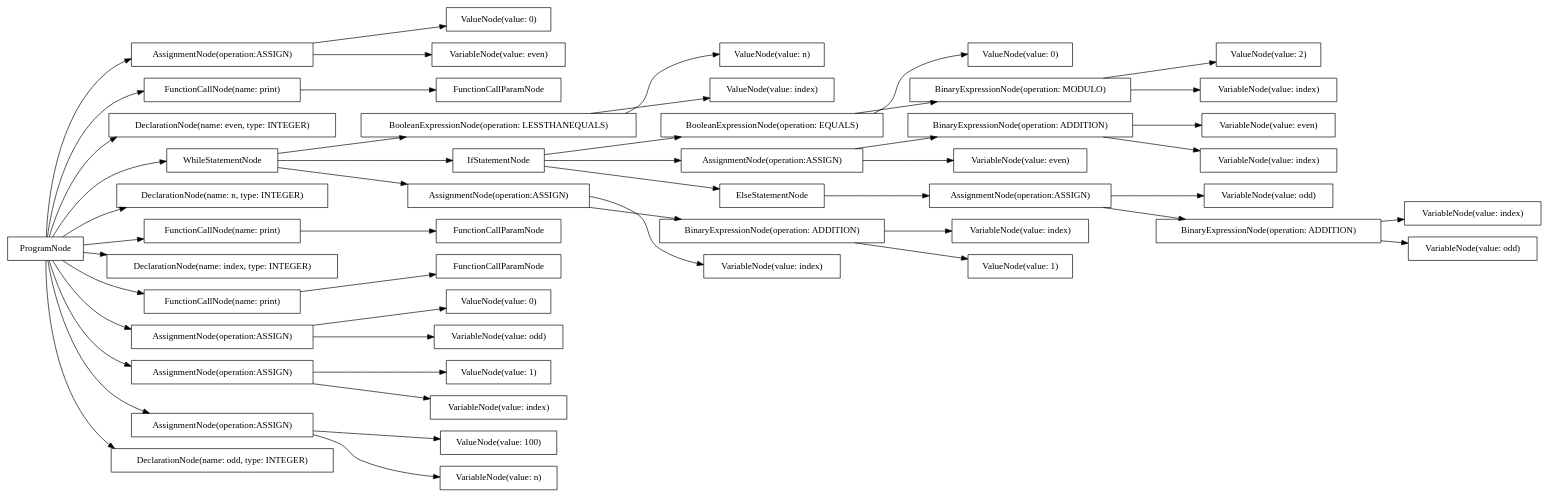
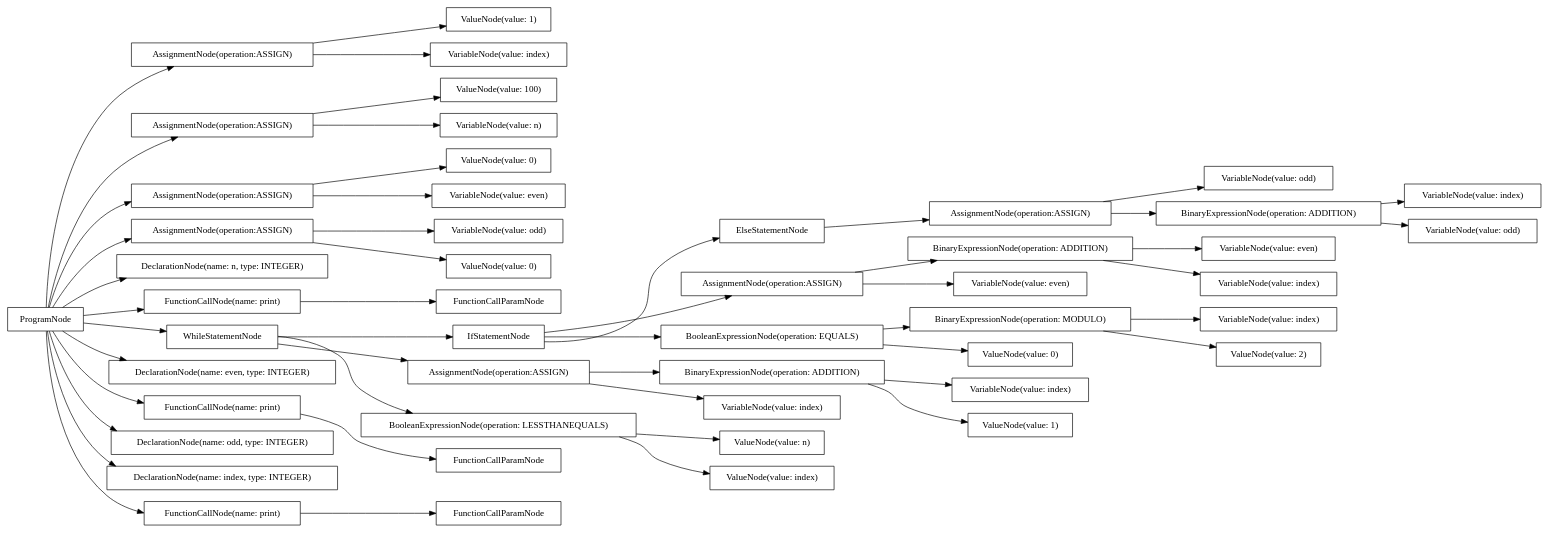
The diagram in src/output/dot/odd_even.dot (AtLeastITry/ANTLR-Python-Compiler), drawn with Graphviz before and after one commit. The commit also changed 158 other files, not shown here.

```diff
--- a/src/output/dot/odd_even.dot
+++ b/src/output/dot/odd_even.dot
@@ -1,100 +1,100 @@
 digraph G {
 rankdir=LR
-"729b352f-f85f-4c84-b434-b8076f79fea6" [label="ValueNode(value: n)" shape="box"];
-"01490b1f-e63e-423d-b143-aa902bd65455" [label="AssignmentNode(operation:ASSIGN)" shape="box"];
-"8e3f9f03-fa1c-4296-8f4e-d78ee113c4e2" [label="ValueNode(value: 1)" shape="box"];
-"98dc1c1e-78d1-4ca4-b842-37a0b9ab4071" [label="BooleanExpressionNode(operation: LESSTHANEQUALS)" shape="box"];
-"5e18db49-2d68-4467-9758-f30a5d438e5e" [label="VariableNode(value: odd)" shape="box"];
-"bf09a55b-12be-4f2f-a9b6-453ce1491d92" [label="VariableNode(value: index)" shape="box"];
-"583d639a-9745-4221-a98d-03b00c12557f" [label="ValueNode(value: 0)" shape="box"];
-"d3d9627d-d33d-4a3d-abcb-5526256681bb" [label="BooleanExpressionNode(operation: EQUALS)" shape="box"];
-"e7eb03bd-1be1-42ad-9b07-fcbc6646ee7d" [label="VariableNode(value: odd)" shape="box"];
-"62c8fe1e-ae24-4c0e-aa68-4763a1dd1808" [label="FunctionCallNode(name: print)" shape="box"];
-"f33924f6-3be6-4b22-8f7f-3cf26c0a5d2f" [label="IfStatementNode" shape="box"];
-"8206b050-6f24-40b7-9060-75d6054b731e" [label="VariableNode(value: odd)" shape="box"];
-"73dd6ad6-4535-4def-a542-58547d05d8e4" [label="FunctionCallParamNode" shape="box"];
-"af73e7a8-8e57-4c23-82d4-466ce430f780" [label="ValueNode(value: 0)" shape="box"];
-"3cd83ac4-73ca-4273-8259-84205f8ceef8" [label="AssignmentNode(operation:ASSIGN)" shape="box"];
-"79eaed1d-0693-429f-9575-06d60d267754" [label="ValueNode(value: 100)" shape="box"];
-"18d7caa5-170c-4330-aa98-49e91aefbffb" [label="BinaryExpressionNode(operation: ADDITION)" shape="box"];
-"6e6e1c4a-ea4a-40d8-984e-3da582020f72" [label="DeclarationNode(name: even, type: INTEGER)" shape="box"];
-"db6fa918-a832-4a8c-b676-081a1464256c" [label="ValueNode(value: 0)" shape="box"];
-"663216ef-5b3b-4718-b377-4f42494d39b6" [label="VariableNode(value: even)" shape="box"];
-"6d3e80dd-425b-468d-915e-004449d445c1" [label="WhileStatementNode" shape="box"];
-"ecdff883-628b-45d8-91ad-f9eead105e67" [label="DeclarationNode(name: n, type: INTEGER)" shape="box"];
-"5377ae63-84a5-41ed-b42c-a87b69481c83" [label="FunctionCallNode(name: print)" shape="box"];
-"ba16a760-ec33-488e-b07b-1c9e49dc2333" [label="DeclarationNode(name: index, type: INTEGER)" shape="box"];
-"1cc86ce2-dc72-4698-adde-bc7491641dcf" [label="VariableNode(value: index)" shape="box"];
-"32ad8cb5-49f1-419e-809a-b8ab3ee084e4" [label="FunctionCallNode(name: print)" shape="box"];
-"46a4e960-9ce9-438e-b59e-3084966b259d" [label="AssignmentNode(operation:ASSIGN)" shape="box"];
-"cf9aa907-6960-4a26-8f84-a26c10845662" [label="VariableNode(value: n)" shape="box"];
-"c0ebedf7-35cc-4f69-889c-80a7e7bb396e" [label="FunctionCallParamNode" shape="box"];
-"40250295-0934-4163-85e8-4d921562f525" [label="ValueNode(value: 2)" shape="box"];
-"c9072b11-6ad4-421a-bc2d-35b0d9009d9f" [label="VariableNode(value: index)" shape="box"];
-"a6059096-ae29-4001-8fba-d82a7c393b4f" [label="BinaryExpressionNode(operation: MODULO)" shape="box"];
-"ca4cd8cb-e0d5-4f06-a088-46b7ef5659dd" [label="AssignmentNode(operation:ASSIGN)" shape="box"];
-"8d5445c6-4d70-4537-9338-ec3fd4751ac7" [label="FunctionCallParamNode" shape="box"];
-"9bf1f28e-17d6-4a70-b05b-81e581783ffa" [label="ProgramNode" shape="box"];
-"d095644d-dece-4131-9cee-cf033368984b" [label="VariableNode(value: index)" shape="box"];
-"8f702f67-8a1b-4630-a7fd-2bbc464d68dc" [label="AssignmentNode(operation:ASSIGN)" shape="box"];
-"88d0721a-e14b-4331-aed1-9044ef0535cc" [label="VariableNode(value: even)" shape="box"];
-"52e0f839-6089-4cf1-8851-1adad462dea5" [label="AssignmentNode(operation:ASSIGN)" shape="box"];
-"6a42671a-5a26-4aa9-9c85-b7eca866e636" [label="BinaryExpressionNode(operation: ADDITION)" shape="box"];
-"5468da85-fca8-453d-9344-45ab6ff91e81" [label="VariableNode(value: index)" shape="box"];
-"03e6e7d3-bcd3-450f-9f74-24210181604d" [label="ValueNode(value: index)" shape="box"];
-"166c6dc0-3e5f-43dc-8f8d-a136f7fe2198" [label="AssignmentNode(operation:ASSIGN)" shape="box"];
-"1f8e25cb-6094-4013-a2f9-609c50266473" [label="VariableNode(value: index)" shape="box"];
-"a12af274-118e-4011-9e0f-204af93b2147" [label="BinaryExpressionNode(operation: ADDITION)" shape="box"];
-"4a7932c5-521a-47fd-afad-08a8d3a2d385" [label="VariableNode(value: even)" shape="box"];
-"ffb14de7-fa5c-4de9-a76f-c3c35a93a226" [label="DeclarationNode(name: odd, type: INTEGER)" shape="box"];
-"2a656435-4bc7-4ec1-873f-471c61785c71" [label="ElseStatementNode" shape="box"];
-"12faabbb-dc34-4a7e-ac3d-161fd5558482" [label="ValueNode(value: 1)" shape="box"];
-"9bf1f28e-17d6-4a70-b05b-81e581783ffa" -> "ecdff883-628b-45d8-91ad-f9eead105e67";
-"9bf1f28e-17d6-4a70-b05b-81e581783ffa" -> "ffb14de7-fa5c-4de9-a76f-c3c35a93a226";
-"9bf1f28e-17d6-4a70-b05b-81e581783ffa" -> "6e6e1c4a-ea4a-40d8-984e-3da582020f72";
-"9bf1f28e-17d6-4a70-b05b-81e581783ffa" -> "ba16a760-ec33-488e-b07b-1c9e49dc2333";
-"9bf1f28e-17d6-4a70-b05b-81e581783ffa" -> "166c6dc0-3e5f-43dc-8f8d-a136f7fe2198";
-"166c6dc0-3e5f-43dc-8f8d-a136f7fe2198" -> "cf9aa907-6960-4a26-8f84-a26c10845662";
-"166c6dc0-3e5f-43dc-8f8d-a136f7fe2198" -> "79eaed1d-0693-429f-9575-06d60d267754";
-"9bf1f28e-17d6-4a70-b05b-81e581783ffa" -> "ca4cd8cb-e0d5-4f06-a088-46b7ef5659dd";
-"ca4cd8cb-e0d5-4f06-a088-46b7ef5659dd" -> "e7eb03bd-1be1-42ad-9b07-fcbc6646ee7d";
-"ca4cd8cb-e0d5-4f06-a088-46b7ef5659dd" -> "583d639a-9745-4221-a98d-03b00c12557f";
-"9bf1f28e-17d6-4a70-b05b-81e581783ffa" -> "01490b1f-e63e-423d-b143-aa902bd65455";
-"01490b1f-e63e-423d-b143-aa902bd65455" -> "4a7932c5-521a-47fd-afad-08a8d3a2d385";
-"01490b1f-e63e-423d-b143-aa902bd65455" -> "af73e7a8-8e57-4c23-82d4-466ce430f780";
-"9bf1f28e-17d6-4a70-b05b-81e581783ffa" -> "52e0f839-6089-4cf1-8851-1adad462dea5";
-"52e0f839-6089-4cf1-8851-1adad462dea5" -> "1cc86ce2-dc72-4698-adde-bc7491641dcf";
-"52e0f839-6089-4cf1-8851-1adad462dea5" -> "8e3f9f03-fa1c-4296-8f4e-d78ee113c4e2";
-"9bf1f28e-17d6-4a70-b05b-81e581783ffa" -> "6d3e80dd-425b-468d-915e-004449d445c1";
-"6d3e80dd-425b-468d-915e-004449d445c1" -> "98dc1c1e-78d1-4ca4-b842-37a0b9ab4071";
-"98dc1c1e-78d1-4ca4-b842-37a0b9ab4071" -> "03e6e7d3-bcd3-450f-9f74-24210181604d";
-"98dc1c1e-78d1-4ca4-b842-37a0b9ab4071" -> "729b352f-f85f-4c84-b434-b8076f79fea6";
-"6d3e80dd-425b-468d-915e-004449d445c1" -> "f33924f6-3be6-4b22-8f7f-3cf26c0a5d2f";
-"f33924f6-3be6-4b22-8f7f-3cf26c0a5d2f" -> "d3d9627d-d33d-4a3d-abcb-5526256681bb";
-"d3d9627d-d33d-4a3d-abcb-5526256681bb" -> "a6059096-ae29-4001-8fba-d82a7c393b4f";
-"a6059096-ae29-4001-8fba-d82a7c393b4f" -> "d095644d-dece-4131-9cee-cf033368984b";
-"a6059096-ae29-4001-8fba-d82a7c393b4f" -> "40250295-0934-4163-85e8-4d921562f525";
-"d3d9627d-d33d-4a3d-abcb-5526256681bb" -> "db6fa918-a832-4a8c-b676-081a1464256c";
-"f33924f6-3be6-4b22-8f7f-3cf26c0a5d2f" -> "8f702f67-8a1b-4630-a7fd-2bbc464d68dc";
-"8f702f67-8a1b-4630-a7fd-2bbc464d68dc" -> "663216ef-5b3b-4718-b377-4f42494d39b6";
-"8f702f67-8a1b-4630-a7fd-2bbc464d68dc" -> "18d7caa5-170c-4330-aa98-49e91aefbffb";
-"18d7caa5-170c-4330-aa98-49e91aefbffb" -> "88d0721a-e14b-4331-aed1-9044ef0535cc";
-"18d7caa5-170c-4330-aa98-49e91aefbffb" -> "5468da85-fca8-453d-9344-45ab6ff91e81";
-"f33924f6-3be6-4b22-8f7f-3cf26c0a5d2f" -> "2a656435-4bc7-4ec1-873f-471c61785c71";
-"2a656435-4bc7-4ec1-873f-471c61785c71" -> "3cd83ac4-73ca-4273-8259-84205f8ceef8";
-"3cd83ac4-73ca-4273-8259-84205f8ceef8" -> "5e18db49-2d68-4467-9758-f30a5d438e5e";
-"3cd83ac4-73ca-4273-8259-84205f8ceef8" -> "a12af274-118e-4011-9e0f-204af93b2147";
-"a12af274-118e-4011-9e0f-204af93b2147" -> "8206b050-6f24-40b7-9060-75d6054b731e";
-"a12af274-118e-4011-9e0f-204af93b2147" -> "bf09a55b-12be-4f2f-a9b6-453ce1491d92";
-"6d3e80dd-425b-468d-915e-004449d445c1" -> "46a4e960-9ce9-438e-b59e-3084966b259d";
-"46a4e960-9ce9-438e-b59e-3084966b259d" -> "1f8e25cb-6094-4013-a2f9-609c50266473";
-"46a4e960-9ce9-438e-b59e-3084966b259d" -> "6a42671a-5a26-4aa9-9c85-b7eca866e636";
-"6a42671a-5a26-4aa9-9c85-b7eca866e636" -> "c9072b11-6ad4-421a-bc2d-35b0d9009d9f";
-"6a42671a-5a26-4aa9-9c85-b7eca866e636" -> "12faabbb-dc34-4a7e-ac3d-161fd5558482";
-"9bf1f28e-17d6-4a70-b05b-81e581783ffa" -> "32ad8cb5-49f1-419e-809a-b8ab3ee084e4";
-"32ad8cb5-49f1-419e-809a-b8ab3ee084e4" -> "8d5445c6-4d70-4537-9338-ec3fd4751ac7";
-"9bf1f28e-17d6-4a70-b05b-81e581783ffa" -> "62c8fe1e-ae24-4c0e-aa68-4763a1dd1808";
-"62c8fe1e-ae24-4c0e-aa68-4763a1dd1808" -> "c0ebedf7-35cc-4f69-889c-80a7e7bb396e";
-"9bf1f28e-17d6-4a70-b05b-81e581783ffa" -> "5377ae63-84a5-41ed-b42c-a87b69481c83";
-"5377ae63-84a5-41ed-b42c-a87b69481c83" -> "73dd6ad6-4535-4def-a542-58547d05d8e4";
+"25e5d9e1-f41a-4d6b-bff0-b7e34dccb8a9" [label="VariableNode(value: odd)" shape="box"];
+"1272caa5-401a-4de1-9aba-e83826838229" [label="ValueNode(value: n)" shape="box"];
+"ae4a49e1-6b0c-4aaa-b352-7b5e672dd9aa" [label="FunctionCallParamNode" shape="box"];
+"bc51de99-a565-4999-8f15-531686595ee2" [label="ValueNode(value: index)" shape="box"];
+"b62c2490-b9ee-48eb-bebc-eb315a0c01b7" [label="IfStatementNode" shape="box"];
+"72470109-39cb-487a-b08e-592627bfadfc" [label="FunctionCallParamNode" shape="box"];
+"4d3c10e8-c863-4d09-a17d-7495265c251f" [label="ValueNode(value: 0)" shape="box"];
+"f2a3c3f4-2dbe-4389-be68-afd84e004cc5" [label="VariableNode(value: index)" shape="box"];
+"82cf93cd-a087-4787-bcd5-0249cc3b8b33" [label="ValueNode(value: 0)" shape="box"];
+"d268eeff-b4ea-4449-af24-ca7eae5559a2" [label="BinaryExpressionNode(operation: MODULO)" shape="box"];
+"2b38a73a-c320-4699-b93b-297b892ab777" [label="ValueNode(value: 1)" shape="box"];
+"2d1fe485-0fe0-427f-812b-e8ee62177270" [label="BinaryExpressionNode(operation: ADDITION)" shape="box"];
+"69398281-ab04-47e6-8bf2-448604a42ba2" [label="VariableNode(value: even)" shape="box"];
+"187fcc5e-cd9d-45d3-9b91-103845b85954" [label="BinaryExpressionNode(operation: ADDITION)" shape="box"];
+"58f88c4c-19bb-4260-968b-5f44050a7f80" [label="ElseStatementNode" shape="box"];
+"4275b9de-ee35-4f1d-9496-5d9c01f48a57" [label="VariableNode(value: odd)" shape="box"];
+"78fe3f00-c016-4a54-8a5c-33ed44311711" [label="AssignmentNode(operation:ASSIGN)" shape="box"];
+"77f4f2b3-71c7-4c35-a973-5d336bb7e1ef" [label="AssignmentNode(operation:ASSIGN)" shape="box"];
+"ad34f831-acce-41da-8bbd-030f8d0a5607" [label="AssignmentNode(operation:ASSIGN)" shape="box"];
+"3de290cb-f347-4624-a0ac-9253783cd8bd" [label="AssignmentNode(operation:ASSIGN)" shape="box"];
+"bfd52fed-82a7-4327-a989-941f8dc7a05c" [label="ValueNode(value: 0)" shape="box"];
+"20417505-759a-4877-9907-ba034b5cad48" [label="AssignmentNode(operation:ASSIGN)" shape="box"];
+"4e885e75-2061-4bf1-a2dd-cf101734d328" [label="VariableNode(value: index)" shape="box"];
+"b70c4f59-73f7-4e89-a407-1f5671963fd1" [label="BinaryExpressionNode(operation: ADDITION)" shape="box"];
+"d3ef2389-1730-4a1a-831d-fd12ed72d370" [label="AssignmentNode(operation:ASSIGN)" shape="box"];
+"3a497de4-c0e0-4442-b95e-c6d086415581" [label="VariableNode(value: even)" shape="box"];
+"61cfbd83-e0ac-4566-8366-d5ee27b3eafe" [label="VariableNode(value: index)" shape="box"];
+"447cc965-6cab-45a0-8ca3-ee3beff767b8" [label="DeclarationNode(name: n, type: INTEGER)" shape="box"];
+"fdf787fb-5003-49ff-95a3-57089627cf39" [label="BooleanExpressionNode(operation: EQUALS)" shape="box"];
+"993d9786-42b7-449a-bb3a-58a2d63652ff" [label="ProgramNode" shape="box"];
+"90b8c4e6-1944-424b-888a-0a5f2992ba51" [label="VariableNode(value: index)" shape="box"];
+"79af46f8-4c65-4e3e-8a1f-1865a49d4227" [label="FunctionCallNode(name: print)" shape="box"];
+"36349c47-7158-46bd-a059-024ebc8d7541" [label="WhileStatementNode" shape="box"];
+"e332a2f4-61fc-4dd1-9193-faf121cac40c" [label="ValueNode(value: 100)" shape="box"];
+"f8c04db6-d21b-497c-8cd3-1dfb4cfca317" [label="VariableNode(value: n)" shape="box"];
+"5c136b4a-b700-4387-bb5f-5b8ee736876e" [label="VariableNode(value: index)" shape="box"];
+"3dc01a1a-0bb4-4497-85d9-67c05ac5b57c" [label="DeclarationNode(name: even, type: INTEGER)" shape="box"];
+"bba36091-8895-4b9d-a0a8-0f587d373ca7" [label="ValueNode(value: 2)" shape="box"];
+"857ac51d-127d-4e3d-a1e1-a73232b3331d" [label="ValueNode(value: 1)" shape="box"];
+"53d08f19-4608-4365-a871-f50e685519d5" [label="VariableNode(value: even)" shape="box"];
+"a3add8bf-ae59-4e91-87e5-69af5f5397a2" [label="VariableNode(value: index)" shape="box"];
+"638f32c5-c499-47a5-b4cb-4db7e8a67148" [label="VariableNode(value: odd)" shape="box"];
+"45b88534-4fae-4081-87f8-ed74700a11c2" [label="FunctionCallNode(name: print)" shape="box"];
+"c28b7f57-2980-467a-8808-d7ed64679e4e" [label="DeclarationNode(name: odd, type: INTEGER)" shape="box"];
+"afe51b6d-c573-454d-a5fe-2090bbb74305" [label="DeclarationNode(name: index, type: INTEGER)" shape="box"];
+"4447cec4-bee2-4441-b895-971c01d2250c" [label="AssignmentNode(operation:ASSIGN)" shape="box"];
+"03de56e6-ae29-49ed-9f6e-7b52877fafc6" [label="BooleanExpressionNode(operation: LESSTHANEQUALS)" shape="box"];
+"c2d0f217-c48e-471f-9a2a-0ab403a9709a" [label="FunctionCallParamNode" shape="box"];
+"e982b551-a8b6-472e-8563-0f52d2faacff" [label="FunctionCallNode(name: print)" shape="box"];
+"993d9786-42b7-449a-bb3a-58a2d63652ff" -> "447cc965-6cab-45a0-8ca3-ee3beff767b8";
+"993d9786-42b7-449a-bb3a-58a2d63652ff" -> "c28b7f57-2980-467a-8808-d7ed64679e4e";
+"993d9786-42b7-449a-bb3a-58a2d63652ff" -> "3dc01a1a-0bb4-4497-85d9-67c05ac5b57c";
+"993d9786-42b7-449a-bb3a-58a2d63652ff" -> "afe51b6d-c573-454d-a5fe-2090bbb74305";
+"993d9786-42b7-449a-bb3a-58a2d63652ff" -> "ad34f831-acce-41da-8bbd-030f8d0a5607";
+"ad34f831-acce-41da-8bbd-030f8d0a5607" -> "f8c04db6-d21b-497c-8cd3-1dfb4cfca317";
+"ad34f831-acce-41da-8bbd-030f8d0a5607" -> "e332a2f4-61fc-4dd1-9193-faf121cac40c";
+"993d9786-42b7-449a-bb3a-58a2d63652ff" -> "d3ef2389-1730-4a1a-831d-fd12ed72d370";
+"d3ef2389-1730-4a1a-831d-fd12ed72d370" -> "25e5d9e1-f41a-4d6b-bff0-b7e34dccb8a9";
+"d3ef2389-1730-4a1a-831d-fd12ed72d370" -> "82cf93cd-a087-4787-bcd5-0249cc3b8b33";
+"993d9786-42b7-449a-bb3a-58a2d63652ff" -> "20417505-759a-4877-9907-ba034b5cad48";
+"20417505-759a-4877-9907-ba034b5cad48" -> "69398281-ab04-47e6-8bf2-448604a42ba2";
+"20417505-759a-4877-9907-ba034b5cad48" -> "4d3c10e8-c863-4d09-a17d-7495265c251f";
+"993d9786-42b7-449a-bb3a-58a2d63652ff" -> "78fe3f00-c016-4a54-8a5c-33ed44311711";
+"78fe3f00-c016-4a54-8a5c-33ed44311711" -> "5c136b4a-b700-4387-bb5f-5b8ee736876e";
+"78fe3f00-c016-4a54-8a5c-33ed44311711" -> "2b38a73a-c320-4699-b93b-297b892ab777";
+"993d9786-42b7-449a-bb3a-58a2d63652ff" -> "36349c47-7158-46bd-a059-024ebc8d7541";
+"36349c47-7158-46bd-a059-024ebc8d7541" -> "03de56e6-ae29-49ed-9f6e-7b52877fafc6";
+"03de56e6-ae29-49ed-9f6e-7b52877fafc6" -> "bc51de99-a565-4999-8f15-531686595ee2";
+"03de56e6-ae29-49ed-9f6e-7b52877fafc6" -> "1272caa5-401a-4de1-9aba-e83826838229";
+"36349c47-7158-46bd-a059-024ebc8d7541" -> "b62c2490-b9ee-48eb-bebc-eb315a0c01b7";
+"b62c2490-b9ee-48eb-bebc-eb315a0c01b7" -> "fdf787fb-5003-49ff-95a3-57089627cf39";
+"fdf787fb-5003-49ff-95a3-57089627cf39" -> "d268eeff-b4ea-4449-af24-ca7eae5559a2";
+"d268eeff-b4ea-4449-af24-ca7eae5559a2" -> "61cfbd83-e0ac-4566-8366-d5ee27b3eafe";
+"d268eeff-b4ea-4449-af24-ca7eae5559a2" -> "bba36091-8895-4b9d-a0a8-0f587d373ca7";
+"fdf787fb-5003-49ff-95a3-57089627cf39" -> "bfd52fed-82a7-4327-a989-941f8dc7a05c";
+"b62c2490-b9ee-48eb-bebc-eb315a0c01b7" -> "3de290cb-f347-4624-a0ac-9253783cd8bd";
+"3de290cb-f347-4624-a0ac-9253783cd8bd" -> "53d08f19-4608-4365-a871-f50e685519d5";
+"3de290cb-f347-4624-a0ac-9253783cd8bd" -> "187fcc5e-cd9d-45d3-9b91-103845b85954";
+"187fcc5e-cd9d-45d3-9b91-103845b85954" -> "3a497de4-c0e0-4442-b95e-c6d086415581";
+"187fcc5e-cd9d-45d3-9b91-103845b85954" -> "a3add8bf-ae59-4e91-87e5-69af5f5397a2";
+"b62c2490-b9ee-48eb-bebc-eb315a0c01b7" -> "58f88c4c-19bb-4260-968b-5f44050a7f80";
+"58f88c4c-19bb-4260-968b-5f44050a7f80" -> "4447cec4-bee2-4441-b895-971c01d2250c";
+"4447cec4-bee2-4441-b895-971c01d2250c" -> "4275b9de-ee35-4f1d-9496-5d9c01f48a57";
+"4447cec4-bee2-4441-b895-971c01d2250c" -> "b70c4f59-73f7-4e89-a407-1f5671963fd1";
+"b70c4f59-73f7-4e89-a407-1f5671963fd1" -> "638f32c5-c499-47a5-b4cb-4db7e8a67148";
+"b70c4f59-73f7-4e89-a407-1f5671963fd1" -> "4e885e75-2061-4bf1-a2dd-cf101734d328";
+"36349c47-7158-46bd-a059-024ebc8d7541" -> "77f4f2b3-71c7-4c35-a973-5d336bb7e1ef";
+"77f4f2b3-71c7-4c35-a973-5d336bb7e1ef" -> "90b8c4e6-1944-424b-888a-0a5f2992ba51";
+"77f4f2b3-71c7-4c35-a973-5d336bb7e1ef" -> "2d1fe485-0fe0-427f-812b-e8ee62177270";
+"2d1fe485-0fe0-427f-812b-e8ee62177270" -> "f2a3c3f4-2dbe-4389-be68-afd84e004cc5";
+"2d1fe485-0fe0-427f-812b-e8ee62177270" -> "857ac51d-127d-4e3d-a1e1-a73232b3331d";
+"993d9786-42b7-449a-bb3a-58a2d63652ff" -> "79af46f8-4c65-4e3e-8a1f-1865a49d4227";
+"79af46f8-4c65-4e3e-8a1f-1865a49d4227" -> "ae4a49e1-6b0c-4aaa-b352-7b5e672dd9aa";
+"993d9786-42b7-449a-bb3a-58a2d63652ff" -> "e982b551-a8b6-472e-8563-0f52d2faacff";
+"e982b551-a8b6-472e-8563-0f52d2faacff" -> "c2d0f217-c48e-471f-9a2a-0ab403a9709a";
+"993d9786-42b7-449a-bb3a-58a2d63652ff" -> "45b88534-4fae-4081-87f8-ed74700a11c2";
+"45b88534-4fae-4081-87f8-ed74700a11c2" -> "72470109-39cb-487a-b08e-592627bfadfc";
 }
```
